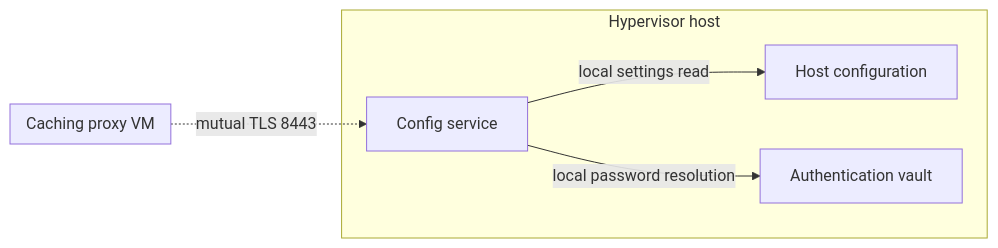
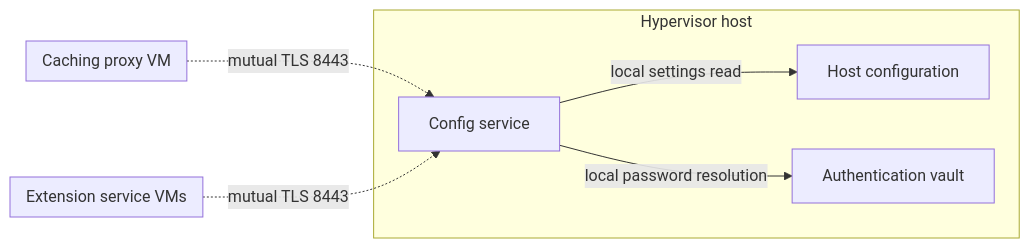
One commit to alissonsol/yuruna changed the seventh of 10 diagrams in docs/design/06-deployment.md. Above: the diagram before and after it, drawn with Mermaid. The commit also changed other lines of this file and 1313 other files, not shown here.

````diff
--- a/docs/design/06-deployment.md
+++ b/docs/design/06-deployment.md
@@ -397,14 +445,18 @@
 ```mermaid
 flowchart LR
     subgraph caching-proxy-service["Caching proxy VM"]
+    end
+    subgraph extension-service-vms["Extension service VMs"]
     end
     subgraph host["Hypervisor host"]
         start-config-service-ps1["Config service"]
         test-config-yml["Host configuration"]
         authentication["Authentication vault"]
     end
     %% optional: enabled ConfigService and configured pool replication.
     caching-proxy-service -.->|mutual TLS 8443| start-config-service-ps1
+    %% optional: enabled ConfigService and configured stash or pool storage.
+    extension-service-vms -.->|mutual TLS 8443| start-config-service-ps1
     start-config-service-ps1 -->|local settings read| test-config-yml
     start-config-service-ps1 -->|local password resolution| authentication
 ```
````
